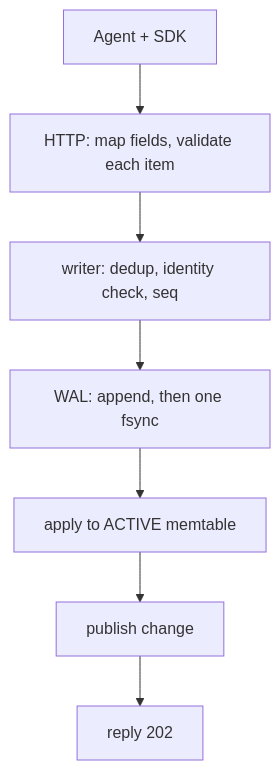
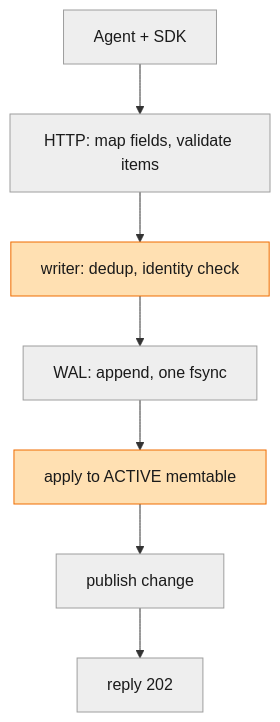
The second of 10 diagrams in specs/002-m2-durable-storage-query-builder/starter-guide.md (liukai/smithling), drawn with Mermaid before and after one commit. The commit also changed other lines of this file, not shown here.

````diff
--- a/specs/002-m2-durable-storage-query-builder/starter-guide.md
+++ b/specs/002-m2-durable-storage-query-builder/starter-guide.md
@@ -36,11 +67,14 @@
 ```mermaid
 flowchart TB
-    A["Agent + SDK"]
-    B["HTTP: map fields, validate each item"]
-    C["writer: dedup, identity check, seq"]
-    D["WAL: append, then one fsync"]
-    E["apply to ACTIVE memtable"]
-    F["publish change"]
-    G["reply 202"]
+    A["Agent + SDK"]:::old
+    B["HTTP: map fields, validate items"]:::old
+    C["writer: dedup, identity check"]:::revised
+    D["WAL: append, one fsync"]:::old
+    E["apply to ACTIVE memtable"]:::revised
+    F["publish change"]:::old
+    G["reply 202"]:::old
     A --> B --> C --> D --> E --> F --> G
+    classDef new fill:#c8e6c9,stroke:#2e7d32,color:#1b1b1b
+    classDef revised fill:#ffe0b2,stroke:#ef6c00,color:#1b1b1b
+    classDef old fill:#eeeeee,stroke:#9e9e9e,color:#1b1b1b
 ```
````
